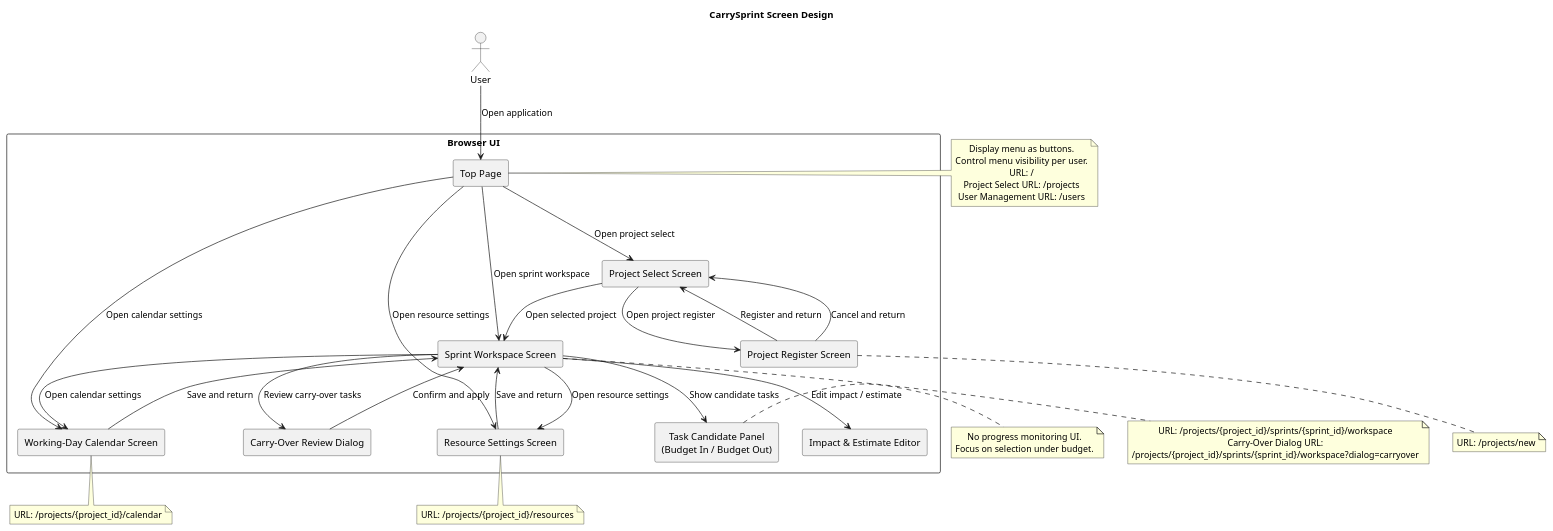
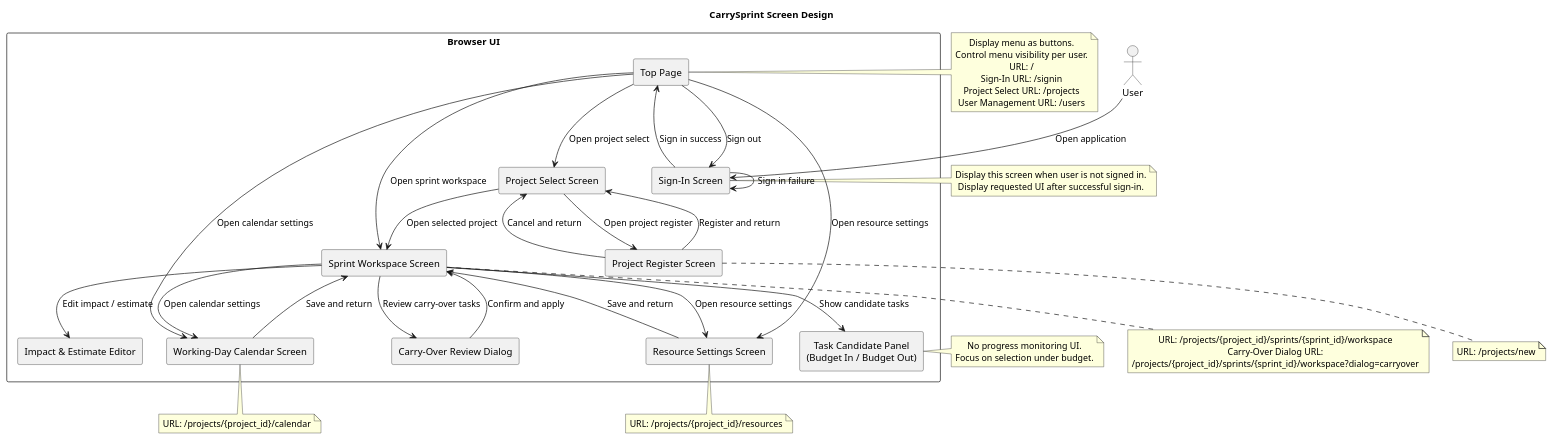
Before and after one commit to fangface-hub/carry_sprint_docs: the diagram in docs/ui/screen_design.puml, drawn with PlantUML. The commit also changed 2 other files, not shown here.

Commit message:
signin screen

```diff
--- a/docs/ui/screen_design.puml
+++ b/docs/ui/screen_design.puml
@@ -1,74 +1,84 @@
 @startuml CarrySprintScreenDesign
 
 title CarrySprint Screen Design
 
 skinparam shadowing false
 skinparam defaultTextAlignment center
 
 actor "User" as user
 
 rectangle "Browser UI" {
+  rectangle "Sign-In Screen" as screen_signin
   rectangle "Top Page" as screen_top
   rectangle "Project Select Screen" as screen_projects
   rectangle "Project Register Screen" as screen_project_register
   rectangle "Sprint Workspace Screen" as screen_workspace
   rectangle "Task Candidate Panel\n(Budget In / Budget Out)" as panel_task
   rectangle "Impact & Estimate Editor" as panel_editor
   rectangle "Resource Settings Screen" as screen_resource
   rectangle "Working-Day Calendar Screen" as screen_calendar
   rectangle "Carry-Over Review Dialog" as dialog_carry
 }
 
-user --> screen_top : Open application
+user --> screen_signin : Open application
+screen_signin --> screen_top : Sign in success
+screen_signin --> screen_signin : Sign in failure
 screen_top --> screen_projects : Open project select
 screen_top --> screen_workspace : Open sprint workspace
 screen_top --> screen_resource : Open resource settings
 screen_top --> screen_calendar : Open calendar settings
+screen_top --> screen_signin : Sign out
 screen_projects --> screen_workspace : Open selected project
 screen_projects --> screen_project_register : Open project register
 screen_project_register --> screen_projects : Register and return
 screen_project_register --> screen_projects : Cancel and return
 
 screen_workspace --> panel_task : Show candidate tasks
 screen_workspace --> panel_editor : Edit impact / estimate
 screen_workspace --> dialog_carry : Review carry-over tasks
 
 screen_workspace --> screen_resource : Open resource settings
 screen_workspace --> screen_calendar : Open calendar settings
 
 screen_resource --> screen_workspace : Save and return
 screen_calendar --> screen_workspace : Save and return
 dialog_carry --> screen_workspace : Confirm and apply
 
 note right of screen_top
   Display menu as buttons.
   Control menu visibility per user.
   URL: /
+  Sign-In URL: /signin
   Project Select URL: /projects
   User Management URL: /users
+end note
+
+note right of screen_signin
+  Display this screen when user is not signed in.
+  Display requested UI after successful sign-in.
 end note
 
 note right of panel_task
   No progress monitoring UI.
   Focus on selection under budget.
 end note
 
 note bottom of screen_workspace
   URL: /projects/{project_id}/sprints/{sprint_id}/workspace
   Carry-Over Dialog URL:
   /projects/{project_id}/sprints/{sprint_id}/workspace?dialog=carryover
 end note
 
 note bottom of screen_project_register
   URL: /projects/new
 end note
 
 note bottom of screen_resource
   URL: /projects/{project_id}/resources
 end note
 
 note bottom of screen_calendar
   URL: /projects/{project_id}/calendar
 end note
 
 @enduml
```
